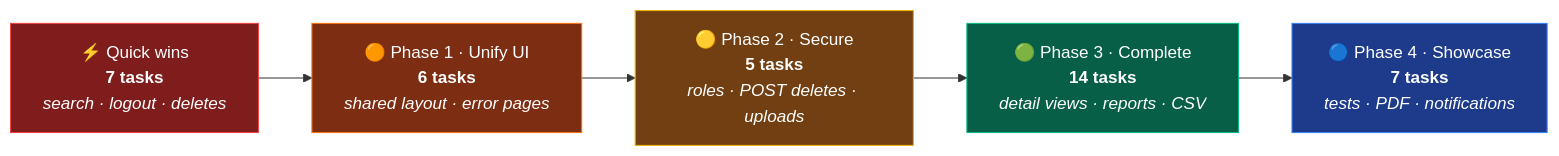
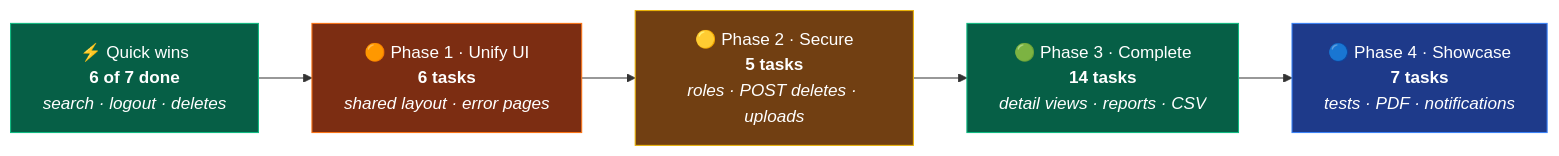
Before and after one commit to anurag-joshi-1403/StudentManagementSystem: the third of 3 diagrams in project_analysis.md, drawn with Mermaid. The commit also changed other lines of this file, not shown here.

````diff
--- a/project_analysis.md
+++ b/project_analysis.md
@@ -510,16 +517,16 @@
 ```mermaid
 flowchart LR
-    QW["⚡ Quick wins<br/><b>7 tasks</b><br/><i>search · logout · deletes</i>"]
+    QW["⚡ Quick wins<br/><b>6 of 7 done</b><br/><i>search · logout · deletes</i>"]
     P1["🟠 Phase 1 · Unify UI<br/><b>6 tasks</b><br/><i>shared layout · error pages</i>"]
     P2["🟡 Phase 2 · Secure<br/><b>5 tasks</b><br/><i>roles · POST deletes · uploads</i>"]
     P3["🟢 Phase 3 · Complete<br/><b>14 tasks</b><br/><i>detail views · reports · CSV</i>"]
     P4["🔵 Phase 4 · Showcase<br/><b>7 tasks</b><br/><i>tests · PDF · notifications</i>"]
 
     QW --> P1 --> P2 --> P3 --> P4
 
-    style QW fill:#7f1d1d,stroke:#ef4444,color:#fff
+    style QW fill:#065f46,stroke:#10b981,color:#fff
     style P1 fill:#7c2d12,stroke:#f97316,color:#fff
     style P2 fill:#713f12,stroke:#eab308,color:#fff
     style P3 fill:#065f46,stroke:#10b981,color:#fff
     style P4 fill:#1e3a8a,stroke:#3b82f6,color:#fff
 ```
````
